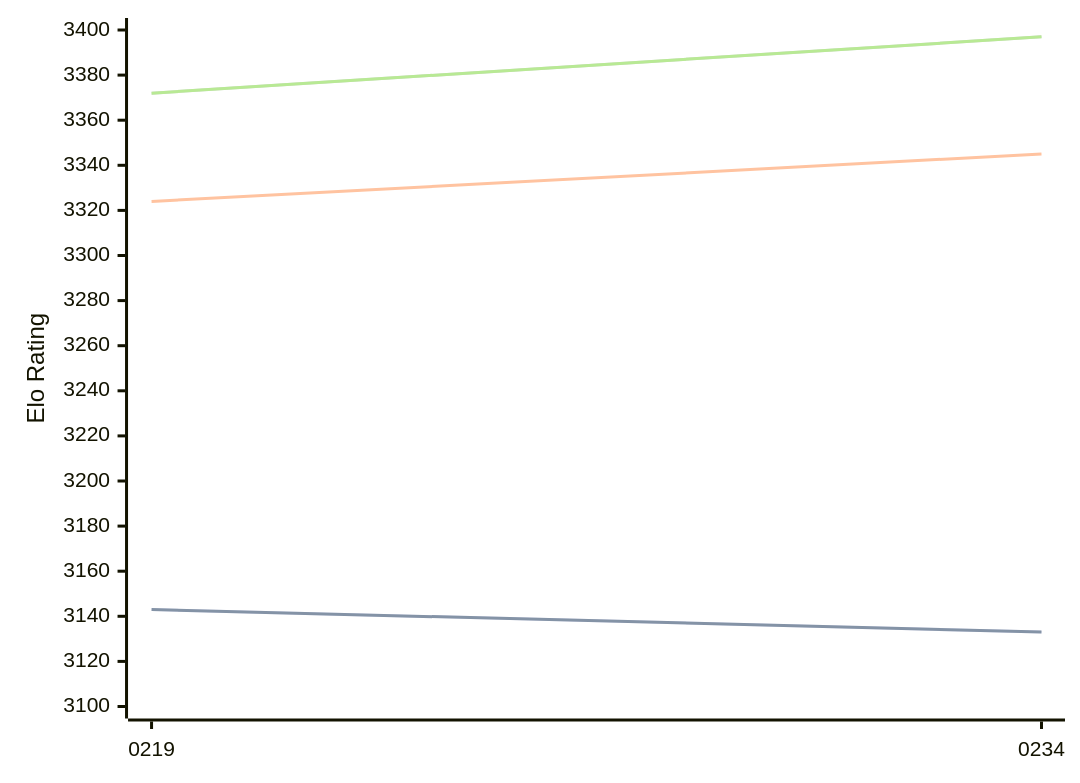
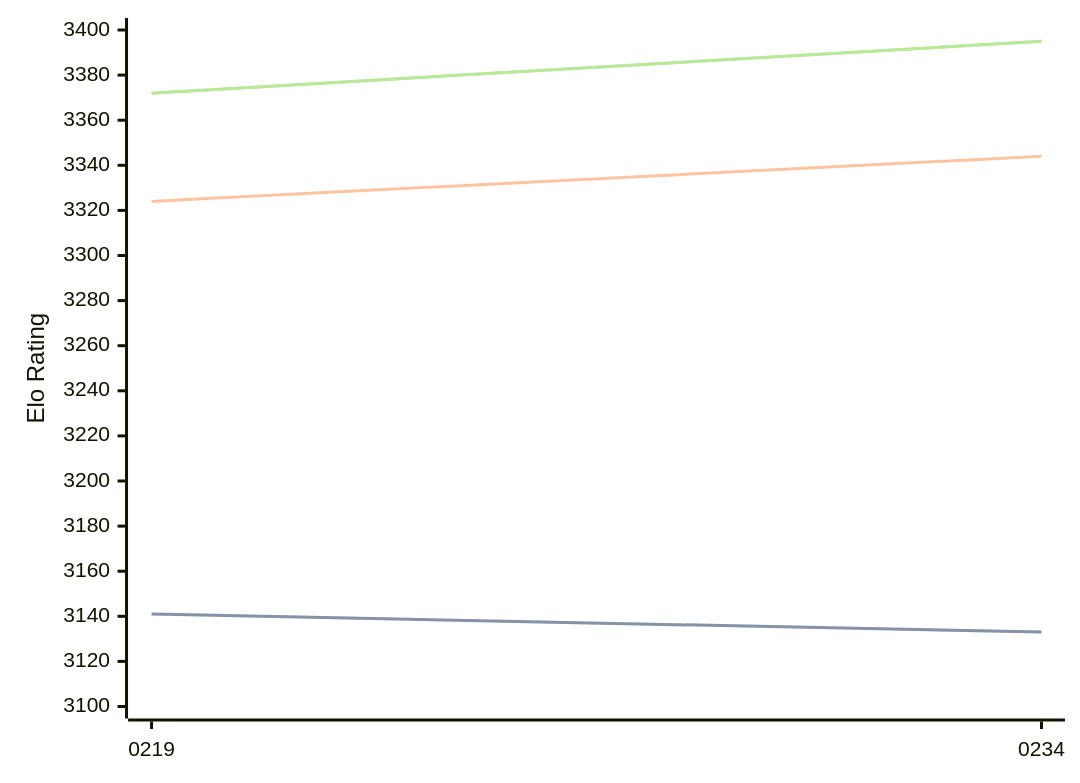
One commit to computer-chess-index/cci changed the diagram in engines/Ynode.md. Above: the diagram before and after it, drawn with Mermaid. The commit also changed other lines of this file, not shown here.

Commit message:
Update CCI Ratings (ELO VLTC) - 2026-09-01

````diff
--- a/engines/Ynode.md
+++ b/engines/Ynode.md
@@ -32,11 +32,11 @@
 ```mermaid
 %%{init: {"theme":"base","themeVariables":{"seriesColors:['#a3a3a3','#222221','#faa371']}}}%%
 xychart-beta
   x-axis ["0219", "0234"]
   y-axis "Elo Rating" 3100 --> 3400
-  line "" [3143, 3133]
-  line "STC (8.0+0.08s)" [3143, 3133]
-  line "LTC (60.0+0.60s)" [3324, 3345]
-  line "" [3372, 3397]
-  line "VLTC (2m24s+1.12s)" [3372, 3397]
+  line "" [3141, 3133]
+  line "STC (8.0+0.08s)" [3141, 3133]
+  line "LTC (60.0+0.60s)" [3324, 3344]
+  line "" [3372, 3395]
+  line "VLTC (2m24s+1.12s)" [3372, 3395]
 ```
````
